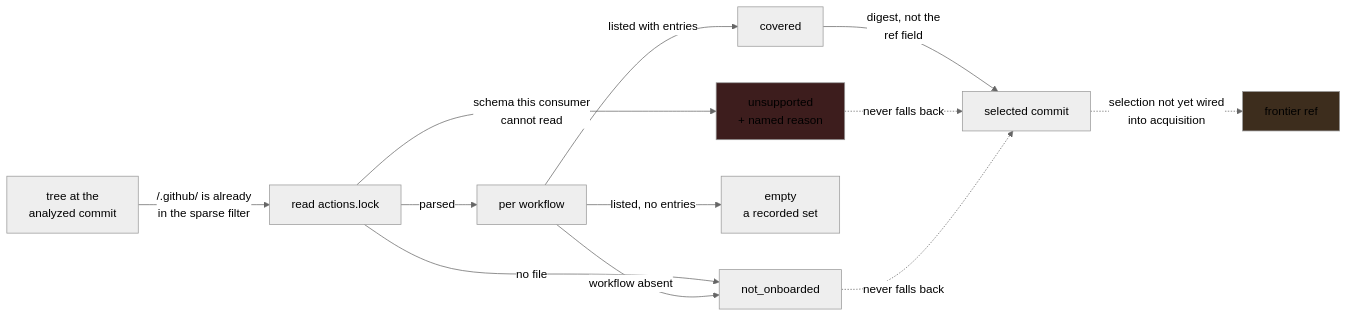
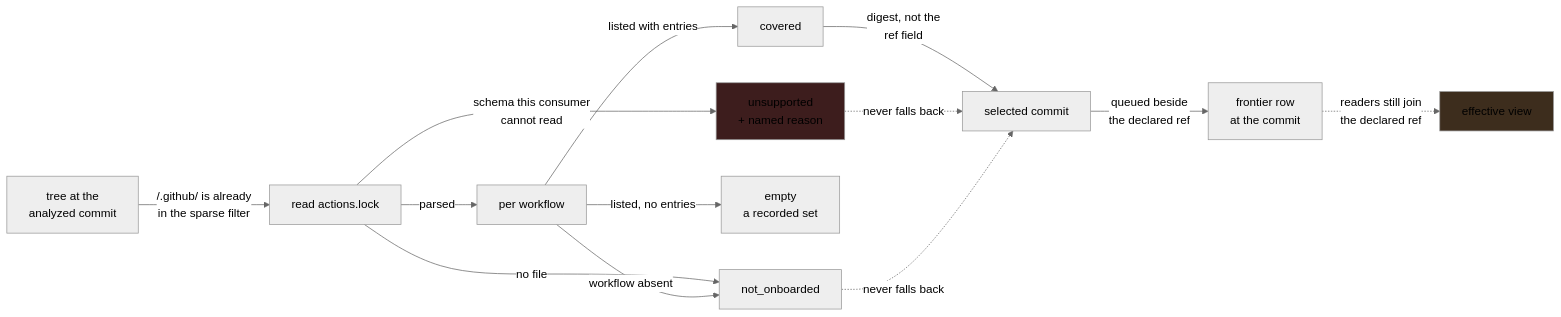
The diagram in plans/db/actions-lockfile.md (advanced-security/codeql-abom), drawn with Mermaid (neutral theme) before and after one commit. The commit also changed other lines of this file and 65 other files, not shown here.

````diff
--- a/plans/db/actions-lockfile.md
+++ b/plans/db/actions-lockfile.md
@@ -45,16 +66,17 @@
 ```mermaid
 flowchart LR
     TREE["tree at the<br/>analyzed commit"] -->|"/.github/ is already<br/>in the sparse filter"| READ["read actions.lock"]
     READ -->|"no file"| ABSENT["not_onboarded"]
     READ -->|"schema this consumer<br/>cannot read"| BAD["unsupported<br/>+ named reason"]
     READ -->|"parsed"| PER["per workflow"]
     PER -->|"listed, no entries"| EMPTY["empty<br/>a recorded set"]
     PER -->|"listed with entries"| COV["covered"]
     PER -->|"workflow absent"| ABSENT
     COV -->|"digest, not the<br/>ref field"| SEL["selected commit"]
     BAD -. "never falls back" .-> SEL
     ABSENT -. "never falls back" .-> SEL
-    SEL -. "selection not yet wired<br/>into acquisition" .-> FRONTIER["frontier ref"]
+    SEL -->|"queued beside<br/>the declared ref"| FRONTIER["frontier row<br/>at the commit"]
+    FRONTIER -. "readers still join<br/>the declared ref" .-> READERS["effective view"]
     style BAD fill:#3d1d1d
-    style FRONTIER fill:#3d2d1d
+    style READERS fill:#3d2d1d
 ```
````
